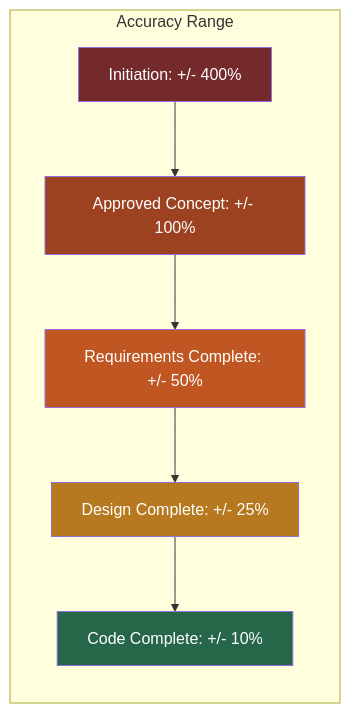
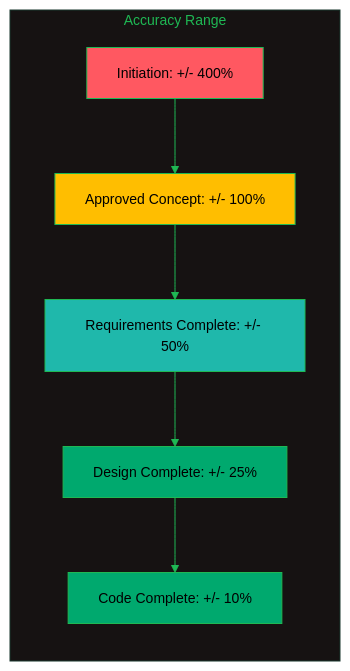
Before and after one commit to oat431/swe-knowledge: the second of 3 diagrams in software-engineering-note/09_Software_Engineering_Management/07_Estimation_and_Planning.md, drawn with Mermaid. The commit also changed other lines of this file and 11 other files, not shown here.

````diff
--- a/software-engineering-note/09_Software_Engineering_Management/07_Estimation_and_Planning.md
+++ b/software-engineering-note/09_Software_Engineering_Management/07_Estimation_and_Planning.md
@@ -100,19 +102,20 @@
 ```mermaid
+%%{init: {'theme':'base','themeVariables':{'primaryColor':'#19362D','primaryTextColor':'#CDD3D1','primaryBorderColor':'#1FB854','lineColor':'#1FB854','secondaryColor':'#161212','tertiaryColor':'#1B1717','background':'#1B1717','mainBkg':'#19362D','nodeBorder':'#1FB854','clusterBkg':'#161212','clusterBorder':'#19362D','titleColor':'#1FB854','edgeLabelBackground':'#161212','fontSize':'14px'}}}%%
 graph LR
     subgraph Accuracy Range
         direction TB
         A["Initiation: +/- 400%"]
         B["Approved Concept: +/- 100%"]
         C["Requirements Complete: +/- 50%"]
         D["Design Complete: +/- 25%"]
         E["Code Complete: +/- 10%"]
     end
 
     A --> B --> C --> D --> E
 
-    style A fill:#742a2a,color:#fff
-    style B fill:#9c4221,color:#fff
-    style C fill:#c05621,color:#fff
-    style D fill:#b7791f,color:#fff
-    style E fill:#276749,color:#fff
+    style A fill:#FF5861,color:#000000
+    style B fill:#FFBE00,color:#000000
+    style C fill:#1FB8AB,color:#000000
+    style D fill:#00A96E,color:#000000
+    style E fill:#00A96E,color:#000000
 ```
````
